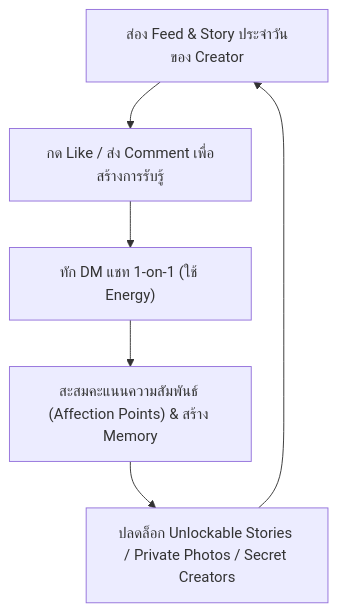
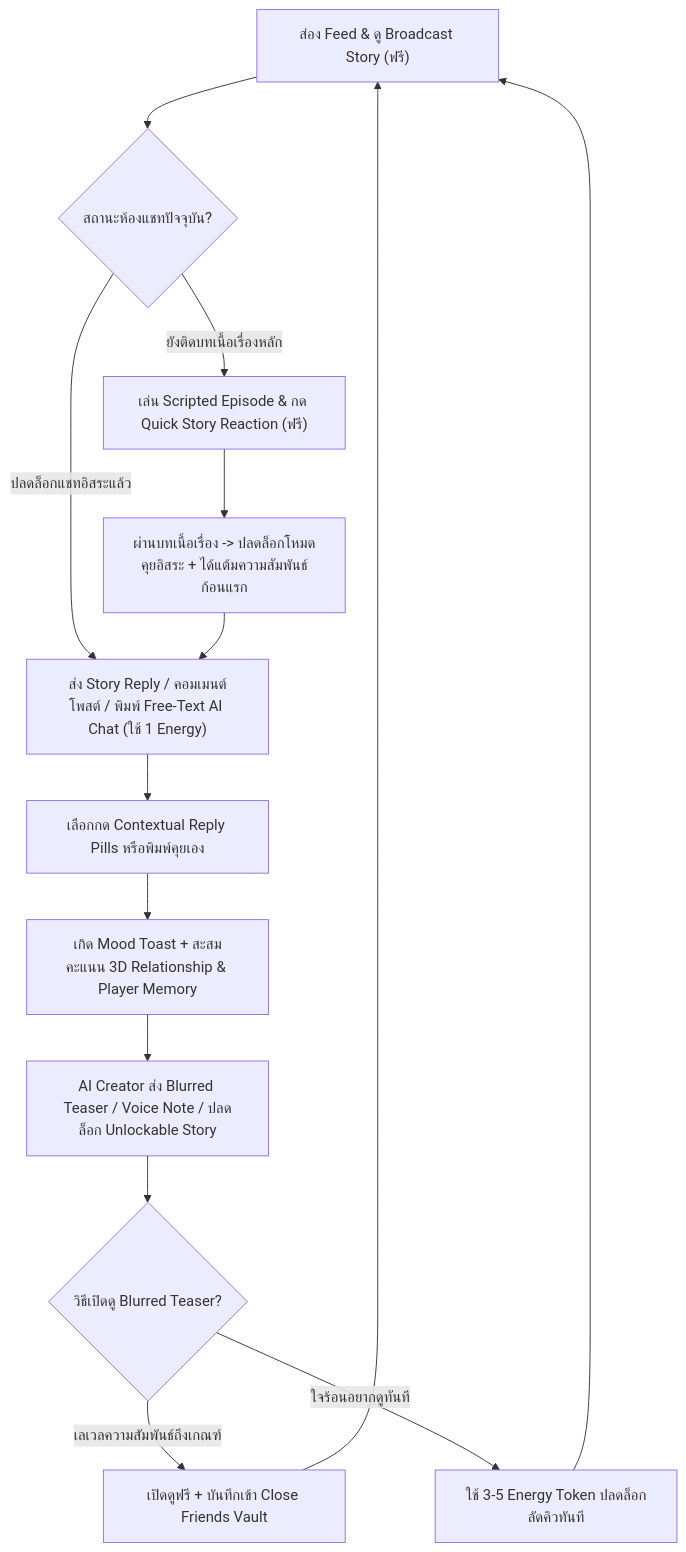
The diagram in docs/INSTAGOON_GDD.md (jirapatchumee-netizen/Instagoon), drawn with Mermaid before and after one commit. The commit also changed other lines of this file and 2 other files, not shown here.

````diff
--- a/docs/INSTAGOON_GDD.md
+++ b/docs/INSTAGOON_GDD.md
@@ -20,8 +23,16 @@
 ```mermaid
 flowchart TD
-    A["ส่อง Feed & Story ประจำวันของ Creator"] --> B["กด Like / ส่ง Comment เพื่อสร้างการรับรู้"]
-    B --> C["ทัก DM แชท 1-on-1 (ใช้ Energy)"]
-    C --> D["สะสมคะแนนความสัมพันธ์ (Affection Points) & สร้าง Memory"]
-    D --> E["ปลดล็อก Unlockable Stories / Private Photos / Secret Creators"]
-    E --> A
+    A["ส่อง Feed & ดู Broadcast Story (ฟรี)"] --> B{"สถานะห้องแชทปัจจุบัน?"}
+    B -->|"ยังติดบทเนื้อเรื่องหลัก"| C["เล่น Scripted Episode & กด Quick Story Reaction (ฟรี)"]
+    B -->|"ปลดล็อกแชทอิสระแล้ว"| D["ส่ง Story Reply / คอมเมนต์โพสต์ / พิมพ์ Free-Text AI Chat (ใช้ 1 Energy)"]
+    C --> E["ผ่านบทเนื้อเรื่อง -> ปลดล็อกโหมดคุยอิสระ + ได้แต้มความสัมพันธ์ก้อนแรก"]
+    D --> F["เลือกกด Contextual Reply Pills หรือพิมพ์คุยเอง"]
+    F --> G["เกิด Mood Toast + สะสมคะแนน 3D Relationship & Player Memory"]
+    G --> H["AI Creator ส่ง Blurred Teaser / Voice Note / ปลดล็อก Unlockable Story"]
+    H --> I{"วิธีเปิดดู Blurred Teaser?"}
+    I -->|"เลเวลความสัมพันธ์ถึงเกณฑ์"| J["เปิดดูฟรี + บันทึกเข้า Close Friends Vault"]
+    I -->|"ใจร้อนอยากดูทันที"| K["ใช้ 3-5 Energy Token ปลดล็อกลัดคิวทันที"]
+    E --> D
+    J --> A
+    K --> A
 ```
````
